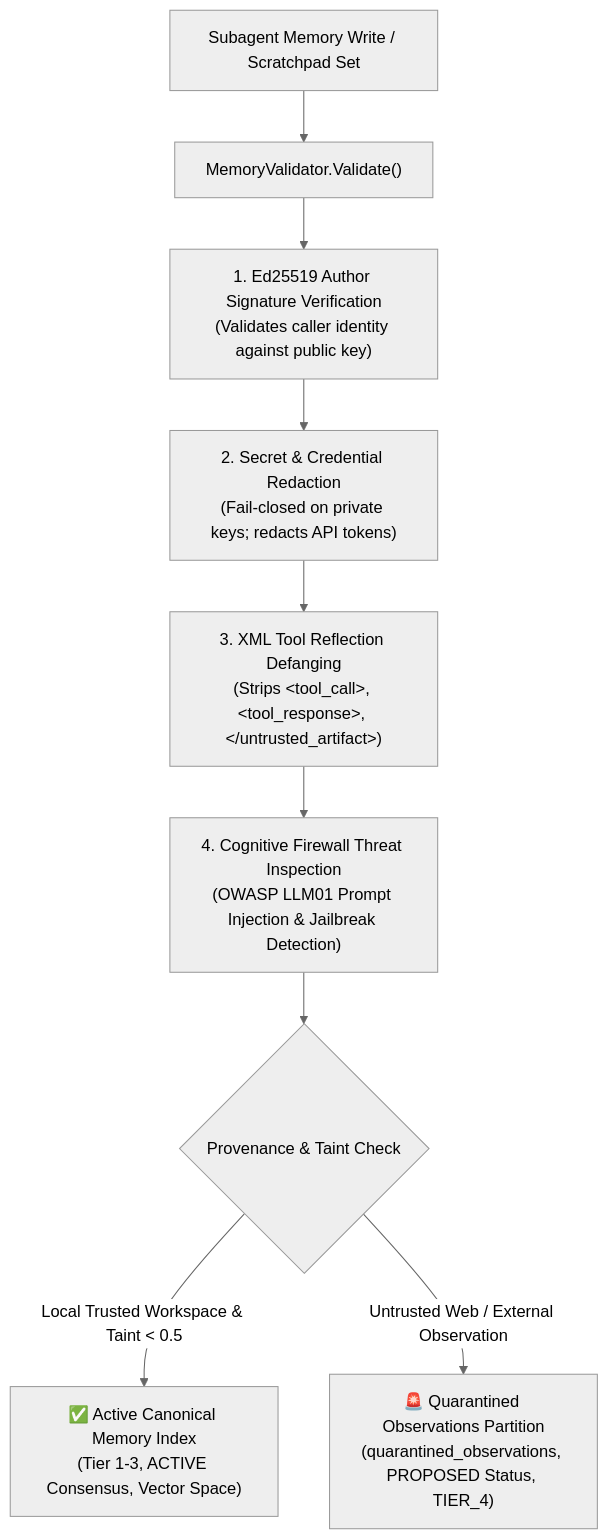
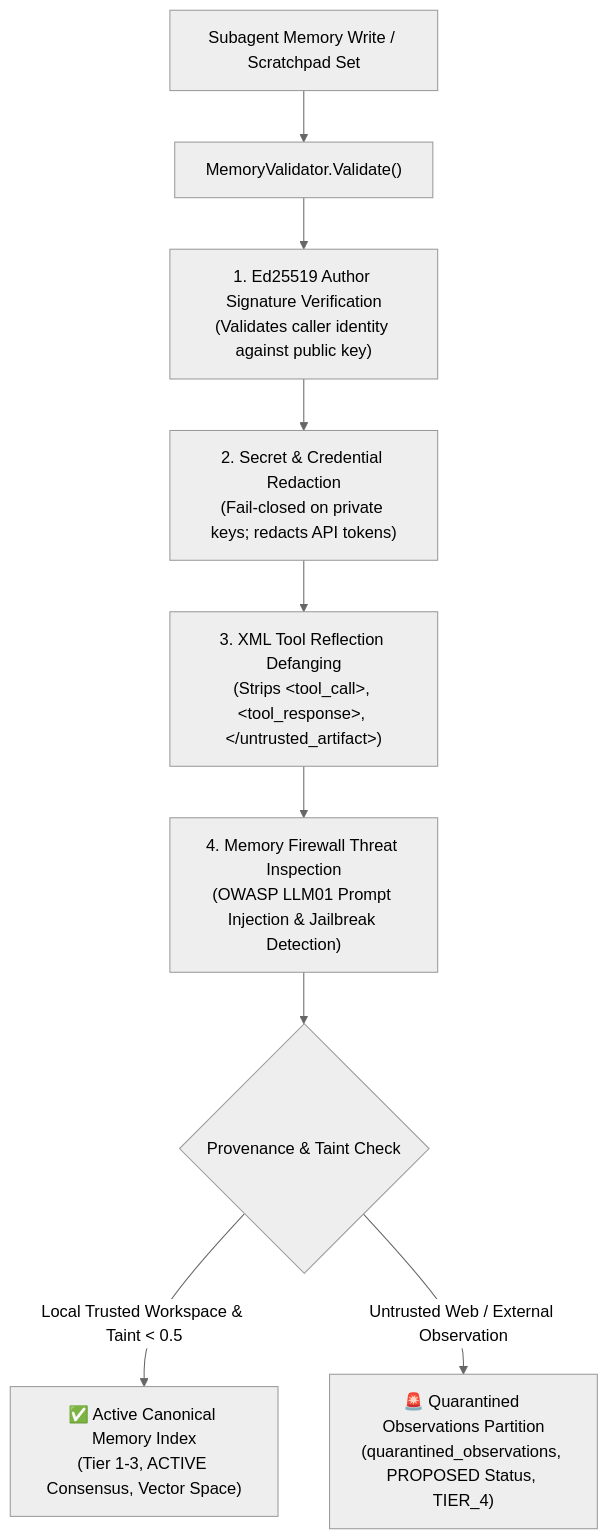
The diagram in docs/use-cases/05-episodic-scratchpad-integrity.md (bonjoski/coppermind), drawn with Mermaid (neutral theme) before and after one commit. The commit also changed other lines of this file and 18 other files, not shown here.

````diff
--- a/docs/use-cases/05-episodic-scratchpad-integrity.md
+++ b/docs/use-cases/05-episodic-scratchpad-integrity.md
@@ -29,13 +29,13 @@
 ```mermaid
 flowchart TD
     Subagent["Subagent Memory Write / Scratchpad Set"] --> Val["MemoryValidator.Validate()"]
     
     Val --> SigCheck["1. Ed25519 Author Signature Verification<br/>(Validates caller identity against public key)"]
     SigCheck --> SecretScan["2. Secret &amp; Credential Redaction<br/>(Fail-closed on private keys; redacts API tokens)"]
     SecretScan --> XMLDefang["3. XML Tool Reflection Defanging<br/>(Strips &lt;tool_call&gt;, &lt;tool_response&gt;, &lt;/untrusted_artifact&gt;)"]
-    XMLDefang --> ThreatScan["4. Cognitive Firewall Threat Inspection<br/>(OWASP LLM01 Prompt Injection &amp; Jailbreak Detection)"]
+    XMLDefang --> ThreatScan["4. Memory Firewall Threat Inspection<br/>(OWASP LLM01 Prompt Injection &amp; Jailbreak Detection)"]
     
     ThreatScan --> Decision{"Provenance &amp; Taint Check"}
     Decision -->|Local Trusted Workspace &amp; Taint &lt; 0.5| Canonical["✅ Active Canonical Memory Index<br/>(Tier 1-3, ACTIVE Consensus, Vector Space)"]
     Decision -->|Untrusted Web / External Observation| Quarantined["🚨 Quarantined Observations Partition<br/>(quarantined_observations, PROPOSED Status, TIER_4)"]
 ```
````
